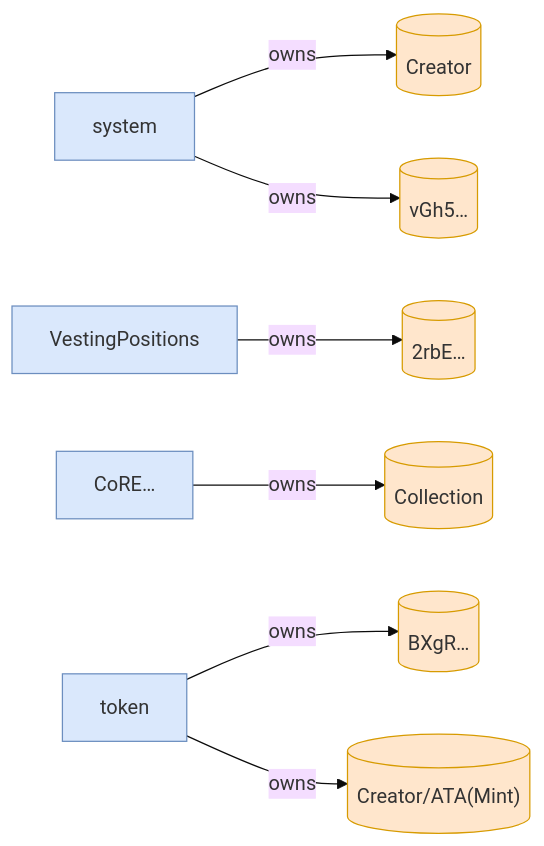
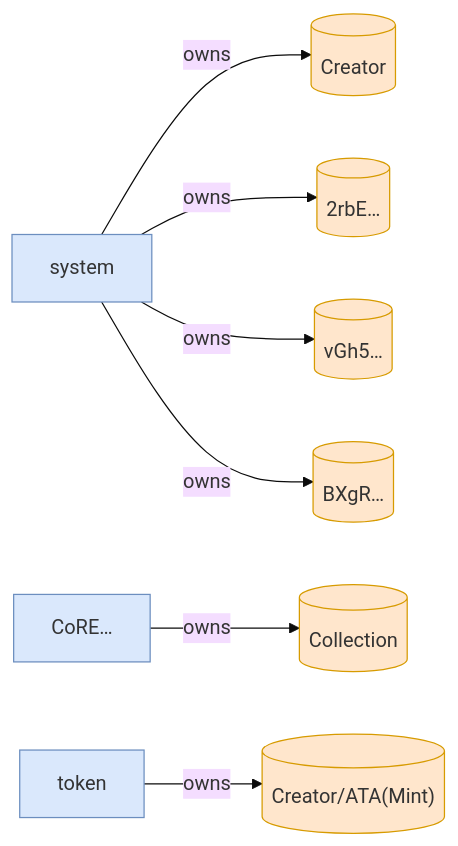
Before and after one commit to cds-turbin3/vesting-position: the third of 3 diagrams in babelfish-tests/test-report/cancel_campaign_returns_deposit_and_closes_accounts.md, drawn with Mermaid (base theme). The commit also changed other lines of this file and 50 other files, not shown here.

````diff
--- a/babelfish-tests/test-report/cancel_campaign_returns_deposit_and_closes_accounts.md
+++ b/babelfish-tests/test-report/cancel_campaign_returns_deposit_and_closes_accounts.md
@@ -36,22 +58,21 @@
 ```mermaid
 flowchart LR
     system["system"]:::program
     Creator[("Creator")]:::state
-    VestingPositions["VestingPositions"]:::program
     2rbE[("2rbE…")]:::state
     CoRE["CoRE…"]:::program
     Collection[("Collection")]:::state
     vGh5[("vGh5…")]:::state
+    BXgR[("BXgR…")]:::state
     token["token"]:::program
-    BXgR[("BXgR…")]:::state
     CreatorATAMint[("Creator/ATA(Mint)")]:::state
     system -->|owns| Creator
-    VestingPositions -->|owns| 2rbE
+    system -->|owns| 2rbE
     CoRE -->|owns| Collection
     system -->|owns| vGh5
-    token -->|owns| BXgR
+    system -->|owns| BXgR
     token -->|owns| CreatorATAMint
     classDef program fill:#dae8fc,stroke:#6c8ebf;
     classDef signer fill:#d5e8d4,stroke:#82b366;
     classDef state fill:#ffe6cc,stroke:#d79b00;
 ```
````
